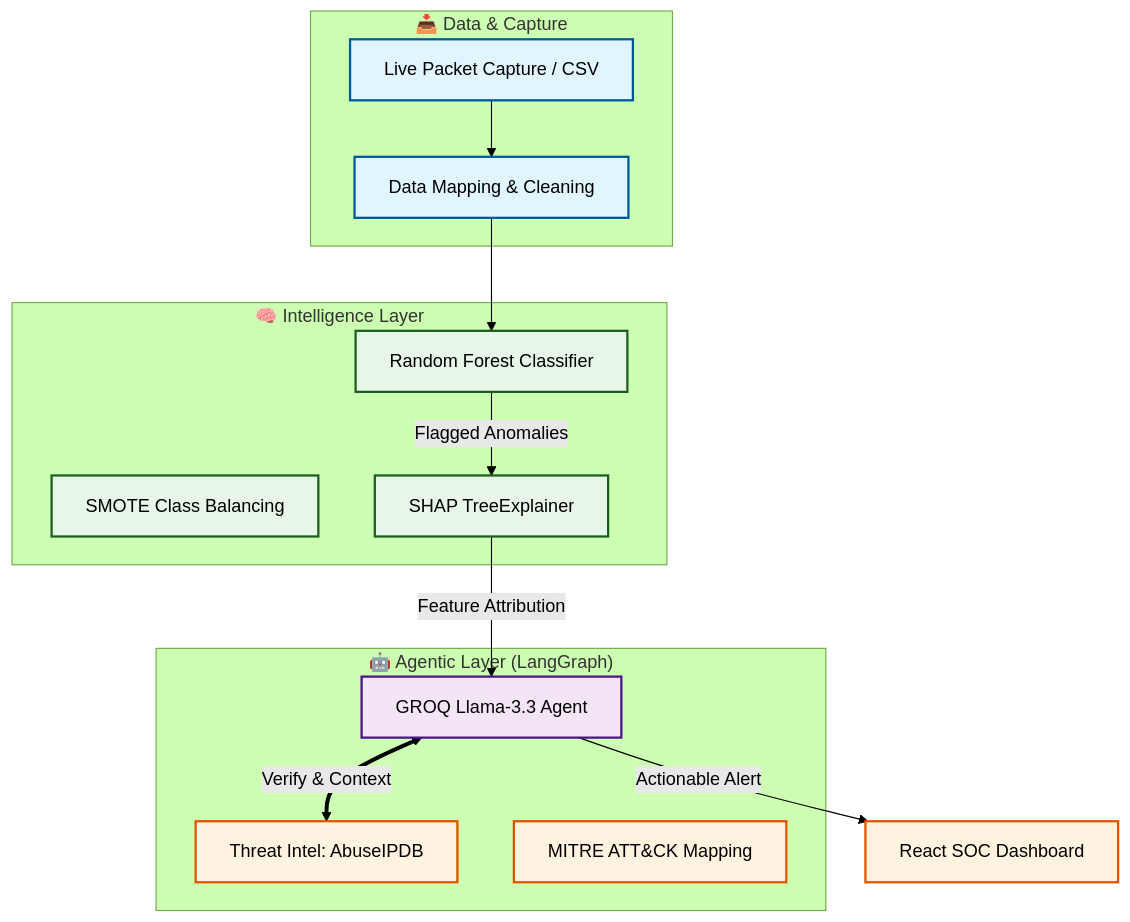
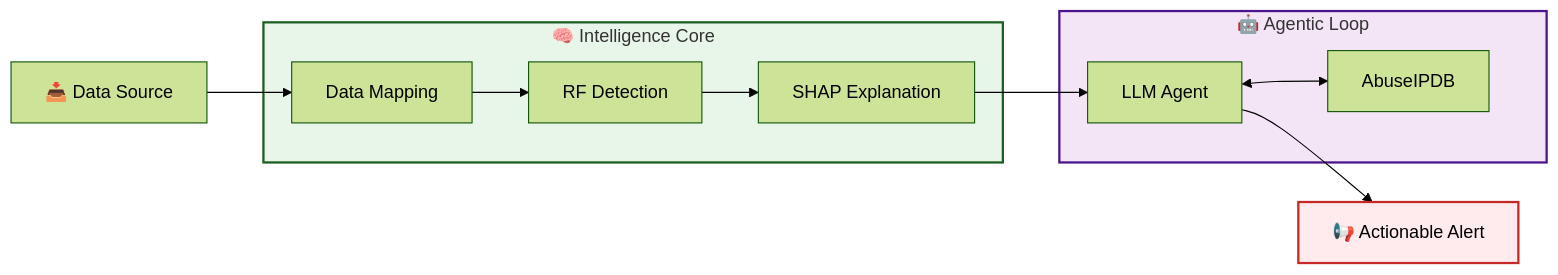
One commit to omerfarooq223/shap-agentic-ids changed the diagram in README.md. Above: the diagram before and after it, drawn with Mermaid (forest theme). The commit also changed 6 other files, not shown here.

First line of the commit message:
feat: implemented core agentic reasoning loop and updated system documentation

````diff
--- a/README.md
+++ b/README.md
@@ -40,39 +40,25 @@
 ```mermaid
-graph TD
-    %% Node Definitions
-    subgraph Ingestion ["📥 Data & Capture"]
-        PCAP[Live Packet Capture / CSV]
-        MLD[Data Mapping & Cleaning]
+graph LR
+    %% Data Phase
+    IN[📥 Data Source] --> MLD[Data Mapping]
+    
+    %% detection Phase
+    subgraph AI ["🧠 Intelligence Core"]
+        MLD --> RF[RF Detection]
+        RF --> SHAP[SHAP Explanation]
     end
 
-    subgraph Detection ["🧠 Intelligence Layer"]
-        RF[Random Forest Classifier]
-        SMOTE[SMOTE Class Balancing]
-        SHAP[SHAP TreeExplainer]
+    %% Reasoning Phase
+    subgraph Agent ["🤖 Agentic Loop"]
+        SHAP --> AG[LLM Agent]
+        AG <--> INTEL[AbuseIPDB]
     end
 
-    subgraph Reasoning ["🤖 Agentic Layer (LangGraph)"]
-        Agent[GROQ Llama-3.3 Agent]
-        Intel[Threat Intel: AbuseIPDB]
-        Verify[MITRE ATT&CK Mapping]
-    end
-
-    %% Connections
-    PCAP --> MLD
-    MLD --> RF
-    RF -->|Flagged Anomalies| SHAP
-    SHAP -->|Feature Attribution| Agent
-    Agent <==>|Verify & Context| Intel
-    Agent -->|Actionable Alert| Dashboard[React SOC Dashboard]
+    %% Output
+    AG --> ALERT[📢 Actionable Alert]
 
     %% Styling
-    classDef ingestion fill:#e1f5fe,stroke:#01579b,stroke-width:2px;
-    classDef detection fill:#e8f5e9,stroke:#1b5e20,stroke-width:2px;
-    classDef reasoning fill:#f3e5f5,stroke:#4a148c,stroke-width:2px;
-    classDef external fill:#fff3e0,stroke:#e65100,stroke-width:2px;
-
-    class PCAP,MLD ingestion;
-    class RF,SMOTE,SHAP detection;
-    class Agent reasoning;
-    class Intel,Verify,Dashboard external;
+    style AI fill:#e8f5e9,stroke:#1b5e20,stroke-width:2px
+    style Agent fill:#f3e5f5,stroke:#4a148c,stroke-width:2px
+    style ALERT fill:#ffebee,stroke:#c62828,stroke-width:2px
 ```
````
